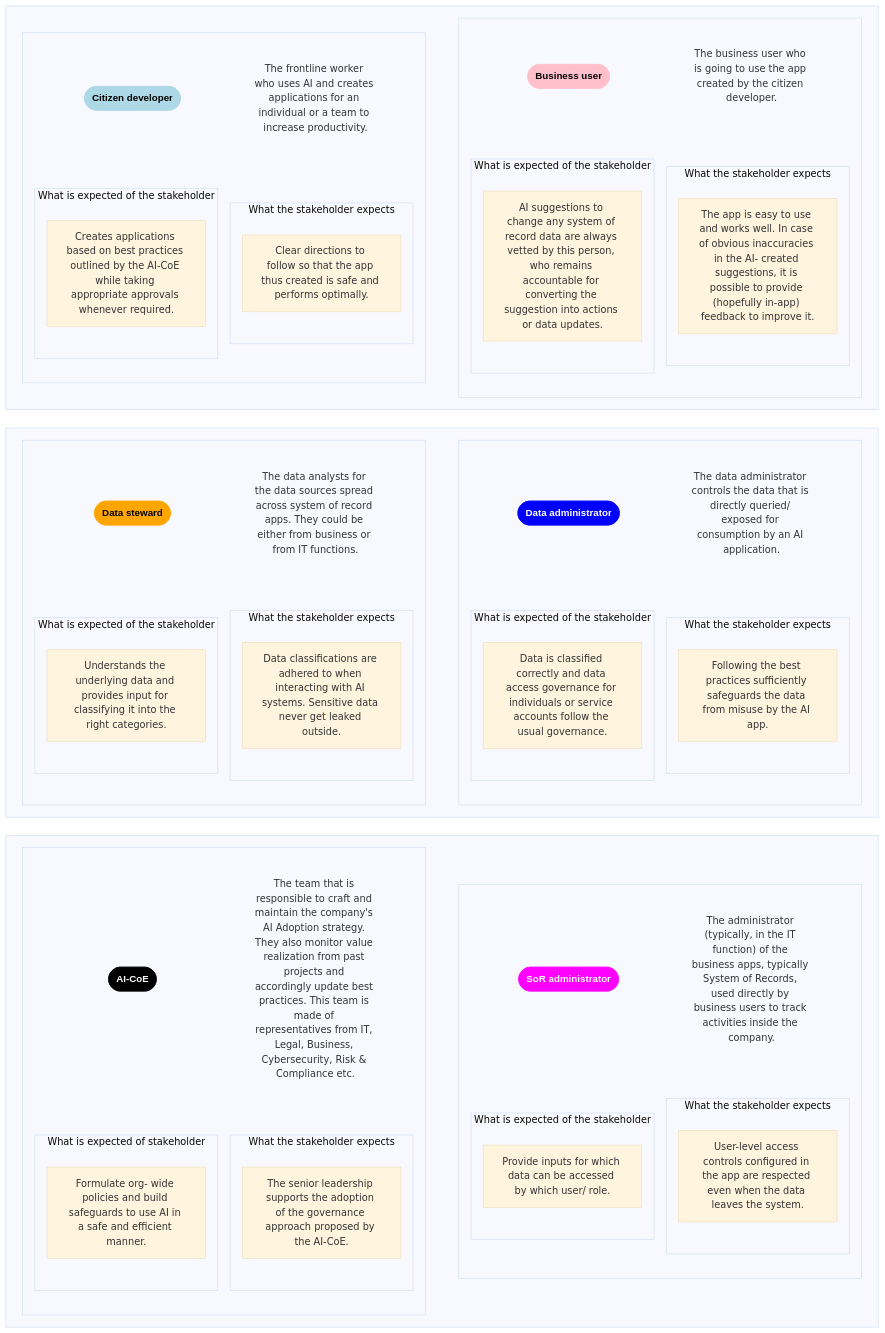
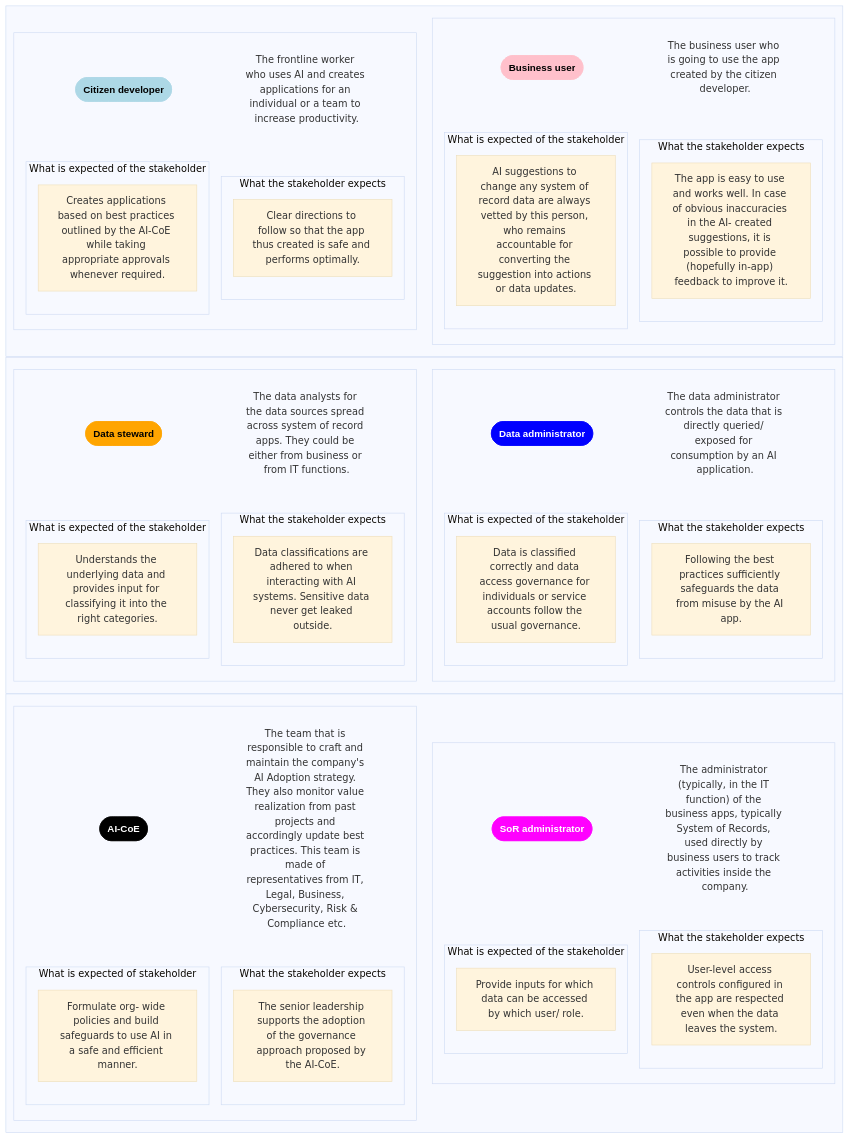
Before and after one commit to DuttaSoumya/AI-Architecture: the diagram in .assets/Stakeholders.md, drawn with Mermaid (base theme).

````diff
--- a/.assets/Stakeholders.md
+++ b/.assets/Stakeholders.md
@@ -1,6 +1,6 @@
 ``` mermaid
 flowchart TB
-    %%{init: { "flowchart": { "nodeSpacing": 20, "rankSpacing": 30 }}}%%
+    %%{init: { "flowchart": { "nodeSpacing": 20, "rankSpacing": 1 }}}%%
 
     subgraph row1[ ]
         direction LR
````
